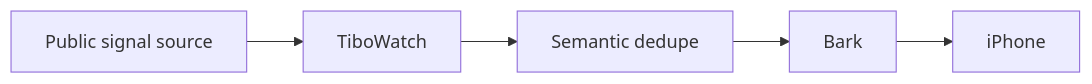
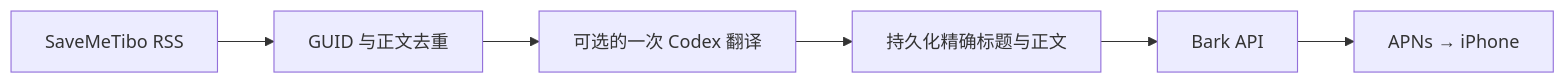
One commit to hkwsg/tibowatch changed the diagram in README.zh-CN.md. Above: the diagram before and after it, drawn with Mermaid. The commit also changed other lines of this file and 13 other files, not shown here.

Commit message:
feat: mirror published RSS alerts with one-shot Codex translation

````diff
--- a/README.zh-CN.md
+++ b/README.zh-CN.md
@@ -11,7 +13,8 @@
 ```mermaid
 flowchart LR
-    A[Public signal source] --> B[TiboWatch]
-    B --> C[Semantic dedupe]
-    C --> D[Bark]
-    D --> E[iPhone]
+    A[SaveMeTibo RSS] --> B[GUID 与正文去重]
+    B --> C[可选的一次 Codex 翻译]
+    C --> D[持久化精确标题与正文]
+    D --> E[Bark API]
+    E --> F[APNs → iPhone]
 ```
````
